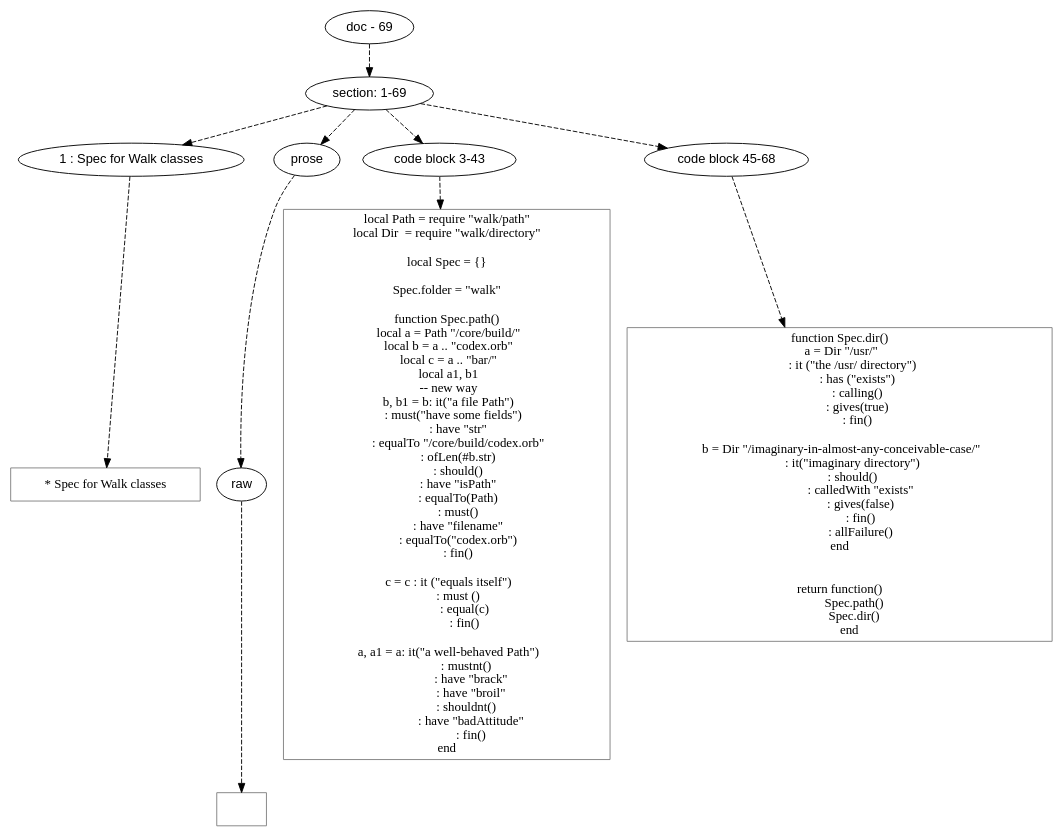
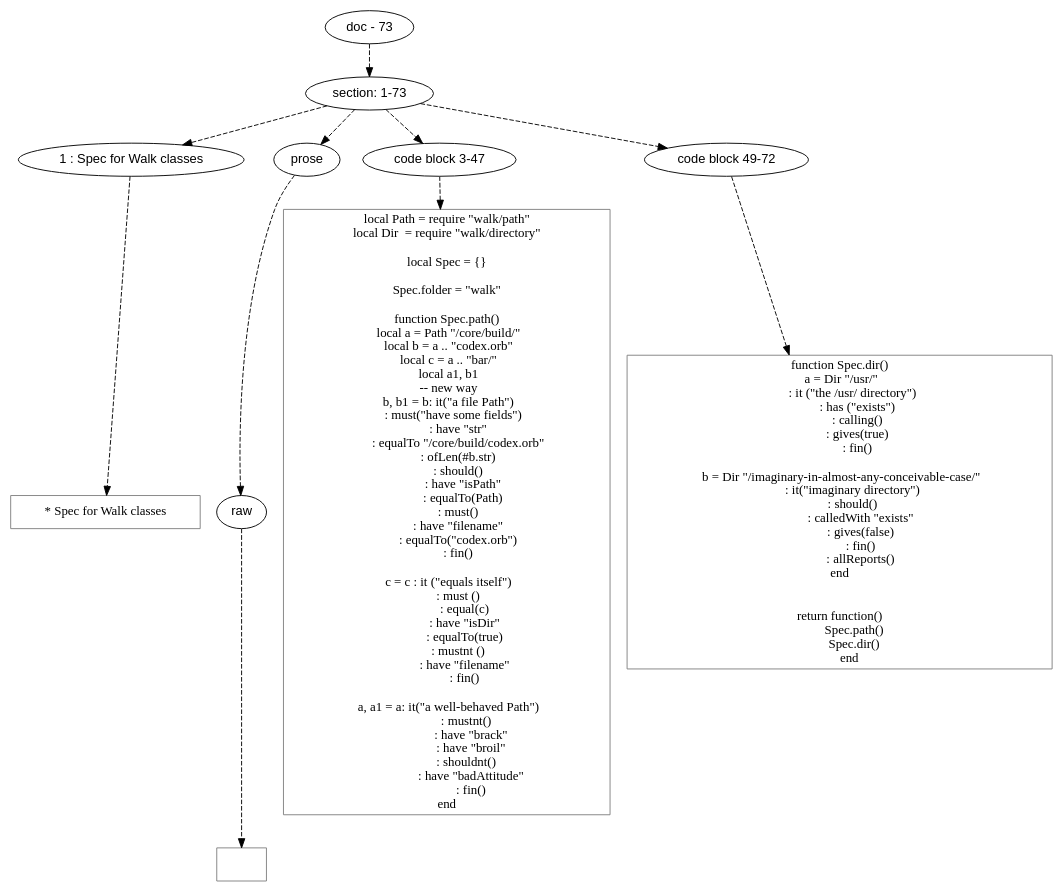
Before and after one commit to mnemnion/orb: the diagram in doc/dot/spec/walk-spec.dot, drawn with Graphviz. The commit also changed 4 other files, not shown here.

```diff
--- a/doc/dot/spec/walk-spec.dot
+++ b/doc/dot/spec/walk-spec.dot
@@ -1,116 +1,120 @@
 digraph lpegNode {
 
 node [fontname=Helvetica]
 edge [style=dashed]
 
-doc_0 [label="doc - 69"]
+doc_0 [label="doc - 73"]
 
 
 doc_0 -> { section_1}
 {rank=same; section_1}
 
-section_1 [label="section: 1-69"]
+section_1 [label="section: 1-73"]
 
 
 // END RANK doc_0
 
 section_1 -> { header_2 prose_3 codeblock_4 codeblock_5}
 {rank=same; header_2 prose_3 codeblock_4 codeblock_5}
 
 header_2 [label="1 : Spec for Walk classes"]
 
 prose_3 [label="prose"]
 
-codeblock_4 [label="code block 3-43"]
+codeblock_4 [label="code block 3-47"]
 
-codeblock_5 [label="code block 45-68"]
+codeblock_5 [label="code block 49-72"]
 
 
 // END RANK section_1
 
 header_2 -> leaf_6
 leaf_6  [color=Gray,shape=rectangle,fontname=Inconsolata,label="* Spec for Walk classes"]
 // END RANK header_2
 
 prose_3 -> { raw_7}
 {rank=same; raw_7}
 
 raw_7 [label="raw"]
 
 
 // END RANK prose_3
 
 raw_7 -> leaf_8
 leaf_8  [color=Gray,shape=rectangle,fontname=Inconsolata,label="
 "]
 // END RANK raw_7
 
 codeblock_4 -> leaf_9
 leaf_9  [color=Gray,shape=rectangle,fontname=Inconsolata,label="local Path = require \"walk/path\"
 local Dir  = require \"walk/directory\"
 
 local Spec = {}
 
 Spec.folder = \"walk\"
 
 function Spec.path()
   local a = Path \"/core/build/\"
   local b = a .. \"codex.orb\"
   local c = a .. \"bar/\"
   local a1, b1
   -- new way
   b, b1 = b: it(\"a file Path\")
      : must(\"have some fields\")
         : have \"str\"
         : equalTo \"/core/build/codex.orb\"
         : ofLen(#b.str)
         : should()
-        : have \"isPath\"
-        : equalTo(Path)
+           : have \"isPath\"
+           : equalTo(Path)
         : must()
         : have \"filename\"
         : equalTo(\"codex.orb\")
         : fin()
 
   c = c : it (\"equals itself\")
         : must ()
             : equal(c)
+            : have \"isDir\"
+            : equalTo(true)
+        : mustnt ()
+            : have \"filename\"
             : fin()
 
   a, a1 = a: it(\"a well-behaved Path\")
              : mustnt()
                 : have \"brack\"
                 : have \"broil\"
              : shouldnt()
                 : have \"badAttitude\"
                 : fin()
 end"]
 // END RANK codeblock_4
 
 codeblock_5 -> leaf_10
 leaf_10  [color=Gray,shape=rectangle,fontname=Inconsolata,label="function Spec.dir()
   a = Dir \"/usr/\"
          : it (\"the /usr/ directory\")
             : has (\"exists\")
             : calling()
             : gives(true)
             : fin()
 
   b = Dir \"/imaginary-in-almost-any-conceivable-case/\"
          : it(\"imaginary directory\")
          : should()
               : calledWith \"exists\"
               : gives(false)
               : fin()
-              : allFailure()
+              : allReports()
 end
 
 
 return function()
           Spec.path()
           Spec.dir()
        end"]
 // END RANK codeblock_5
 
 
 }
```
